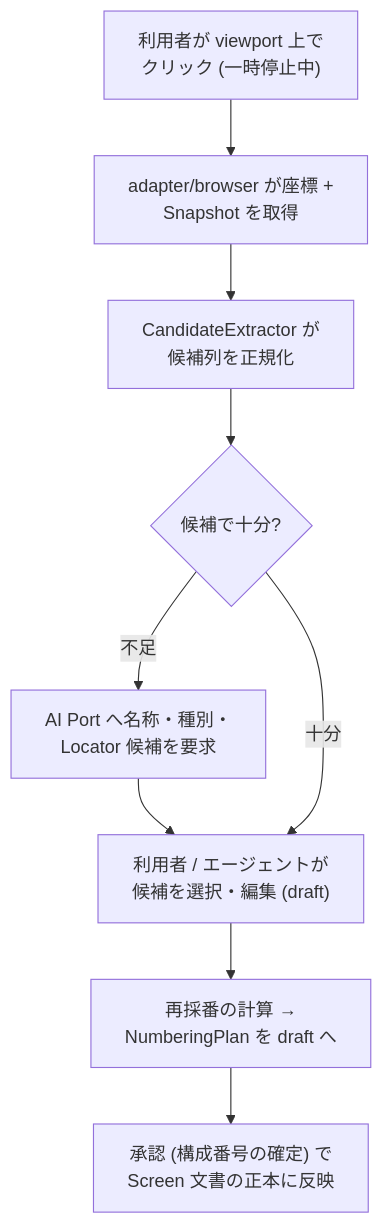
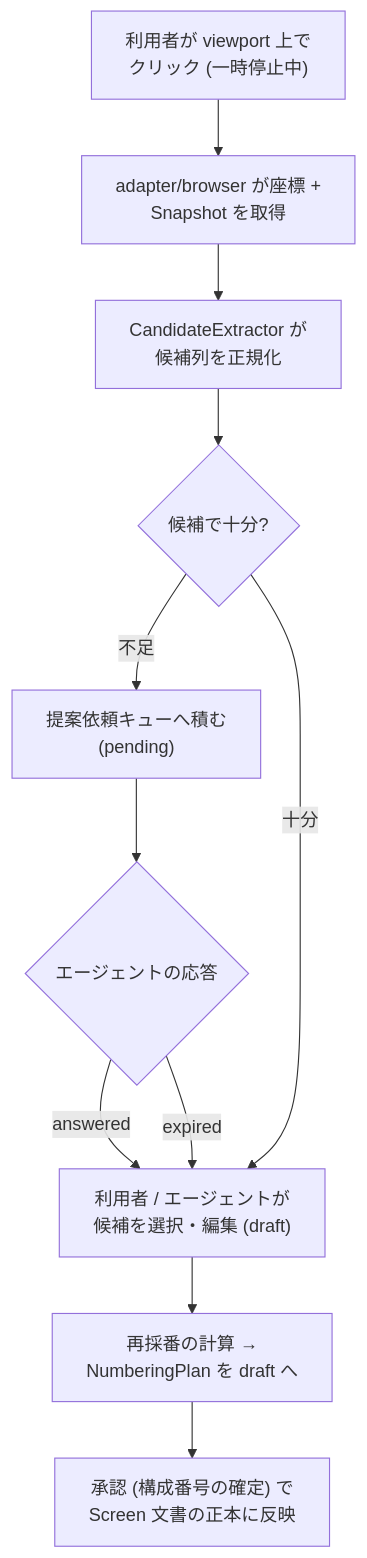
Before and after one commit to Fukuemon/screen-contract: the second of 2 diagrams in design/features/element-mapping/DesignDoc_element-mapping.md, drawn with Mermaid. The commit also changed other lines of this file and 16 other files, not shown here.

````diff
--- a/design/features/element-mapping/DesignDoc_element-mapping.md
+++ b/design/features/element-mapping/DesignDoc_element-mapping.md
@@ -162,11 +165,13 @@
 ```mermaid
 flowchart TD
     A["利用者が viewport 上で<br/>クリック (一時停止中)"] --> B["adapter/browser が座標 +<br/>Snapshot を取得"]
     B --> C["CandidateExtractor が<br/>候補列を正規化"]
     C --> D{"候補で十分?"}
-    D -->|不足| E["AI Port へ名称・種別・<br/>Locator 候補を要求"]
-    E --> F
+    D -->|不足| E["提案依頼キューへ積む<br/>(pending)"]
+    E --> E2{"エージェントの応答"}
+    E2 -->|answered| F
+    E2 -->|expired| F
     D -->|十分| F["利用者 / エージェントが<br/>候補を選択・編集 (draft)"]
     F --> G["再採番の計算 →<br/>NumberingPlan を draft へ"]
     G --> H["承認 (構成番号の確定) で<br/>Screen 文書の正本に反映"]
 ```
````
